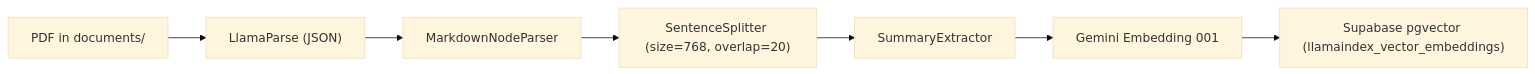
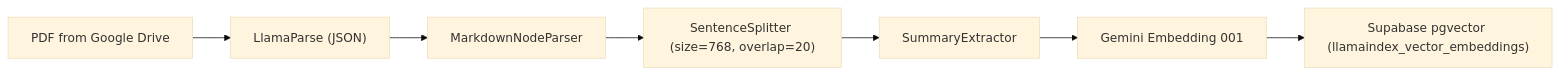
Before and after one commit to apache/incubator-resilientdb: the second of 3 diagrams in docs/blog.md, drawn with Mermaid (base theme). The commit also changed other lines of this file, not shown here.

````diff
--- a/docs/blog.md
+++ b/docs/blog.md
@@ -53,9 +53,9 @@
 ```mermaid
 flowchart LR
-  PDF["PDF in documents/"] --> LP["LlamaParse (JSON)"]
+  PDF["PDF from Google Drive"] --> LP["LlamaParse (JSON)"]
   LP --> MD["MarkdownNodeParser"]
   MD --> SS["SentenceSplitter (size=768, overlap=20)"]
   SS --> SE["SummaryExtractor"]
   SE --> EM["Gemini Embedding 001"]
   EM --> VS["Supabase pgvector (llamaindex_vector_embeddings)"]
 ```
````
